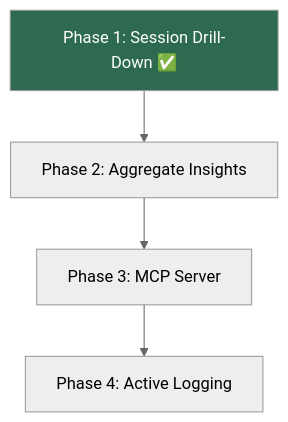
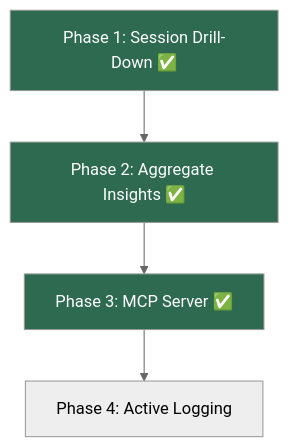
The fourth of 4 diagrams in README.md (FullFran/claudeops-tui), drawn with Mermaid (neutral theme) before and after one commit. The commit also changed other lines of this file, not shown here.

First line of the commit message:
docs: add MCP server and insights documentation to README (#14)

````diff
--- a/README.md
+++ b/README.md
@@ -164,13 +253,15 @@
 ```mermaid
 graph TD
     P1["Phase 1: Session Drill-Down ✅"]
-    P2["Phase 2: Aggregate Insights"]
-    P3["Phase 3: MCP Server"]
+    P2["Phase 2: Aggregate Insights ✅"]
+    P3["Phase 3: MCP Server ✅"]
     P4["Phase 4: Active Logging"]
 
     P1 --> P2
     P2 --> P3
     P3 --> P4
 
     style P1 fill:#2d6a4f,color:#fff
+    style P2 fill:#2d6a4f,color:#fff
+    style P3 fill:#2d6a4f,color:#fff
 ```
````
